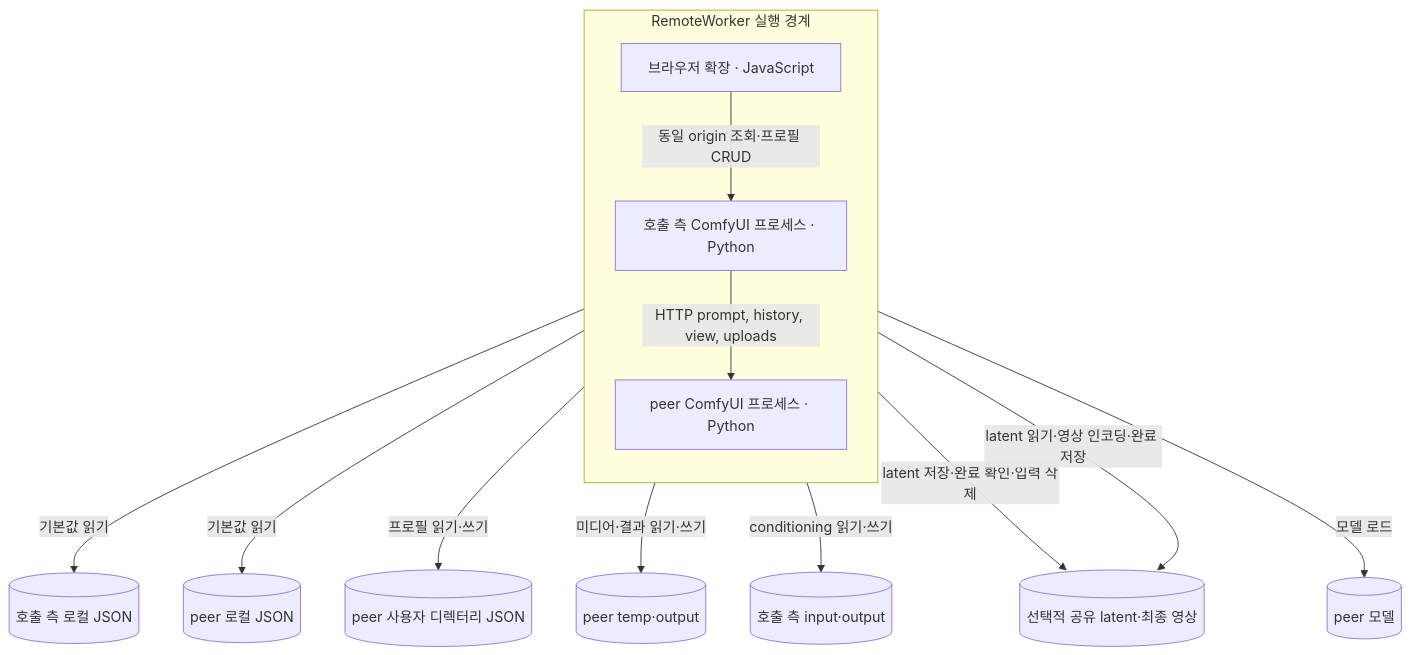
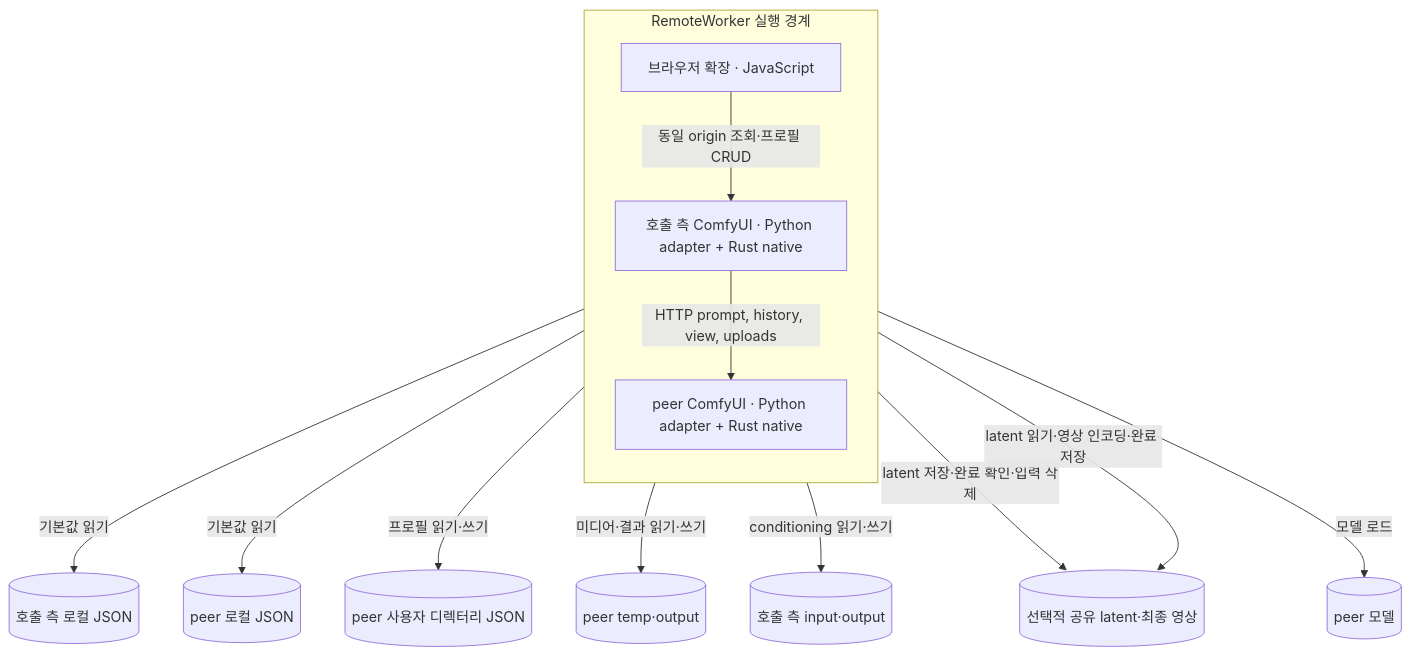
One commit to pollux-o4/RemoteWorker changed the diagram in docs/architecture/02-containers.md. Above: the diagram before and after it, drawn with Mermaid. The commit also changed other lines of this file and 8 other files, not shown here.

Commit message:
docs(architecture): map native module ownership and adapter boundaries

````diff
--- a/docs/architecture/02-containers.md
+++ b/docs/architecture/02-containers.md
@@ -3,19 +3,19 @@
 ```mermaid
 flowchart TB
     subgraph RW[RemoteWorker 실행 경계]
         direction TB
         Browser[브라우저 확장 · JavaScript]
-        Caller[호출 측 ComfyUI 프로세스 · Python]
-        Peer[peer ComfyUI 프로세스 · Python]
+        Caller[호출 측 ComfyUI · Python adapter + Rust native]
+        Peer[peer ComfyUI · Python adapter + Rust native]
     end
     Browser -->|동일 origin 조회·프로필 CRUD| Caller
     Caller -->|HTTP prompt, history, view, uploads| Peer
     Caller -->|기본값 읽기| CallerConfig[(호출 측 로컬 JSON)]
     Peer -->|기본값 읽기| PeerConfig[(peer 로컬 JSON)]
     Peer -->|프로필 읽기·쓰기| Profiles[(peer 사용자 디렉터리 JSON)]
     Peer -->|미디어·결과 읽기·쓰기| PeerFiles[(peer temp·output)]
     Caller -->|conditioning 읽기·쓰기| CallerFiles[(호출 측 input·output)]
     Caller -->|latent 저장·완료 확인·입력 삭제| Shared[(선택적 공유 latent·최종 영상)]
     Peer -->|latent 읽기·영상 인코딩·완료 저장| Shared
     Peer -->|모델 로드| Models[(peer 모델)]
 ```
````
